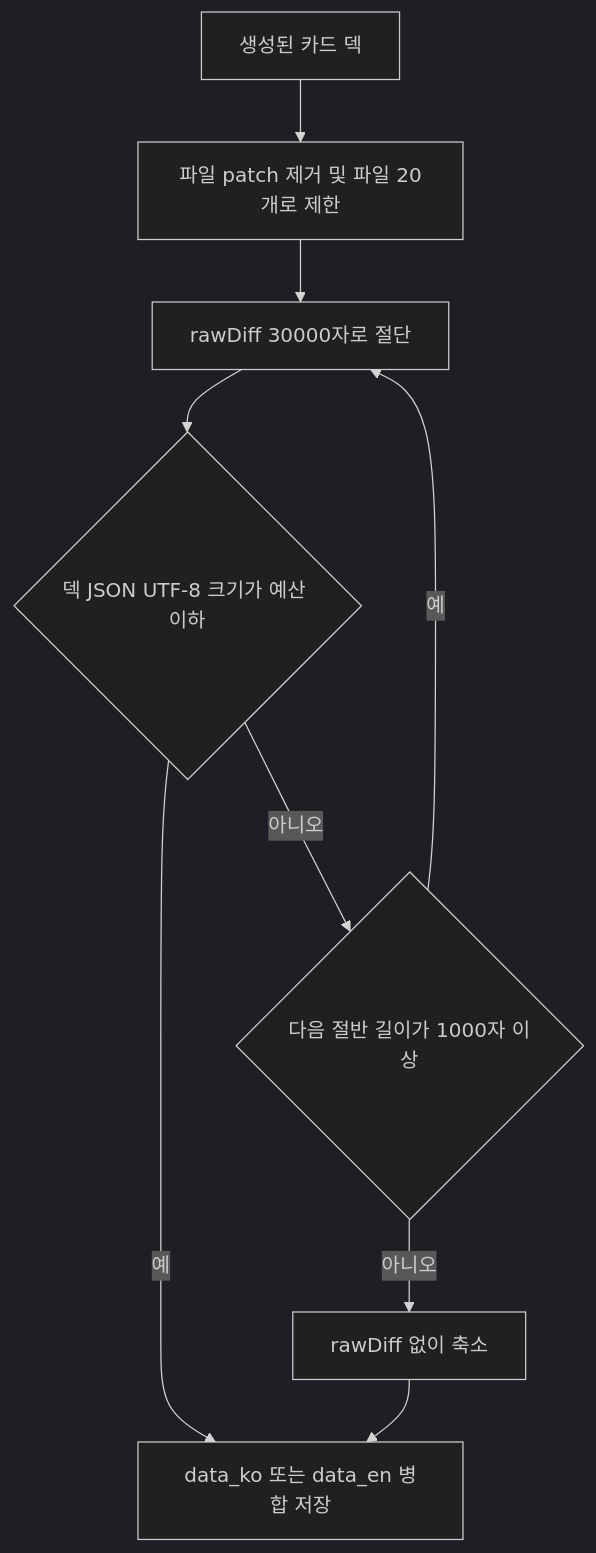
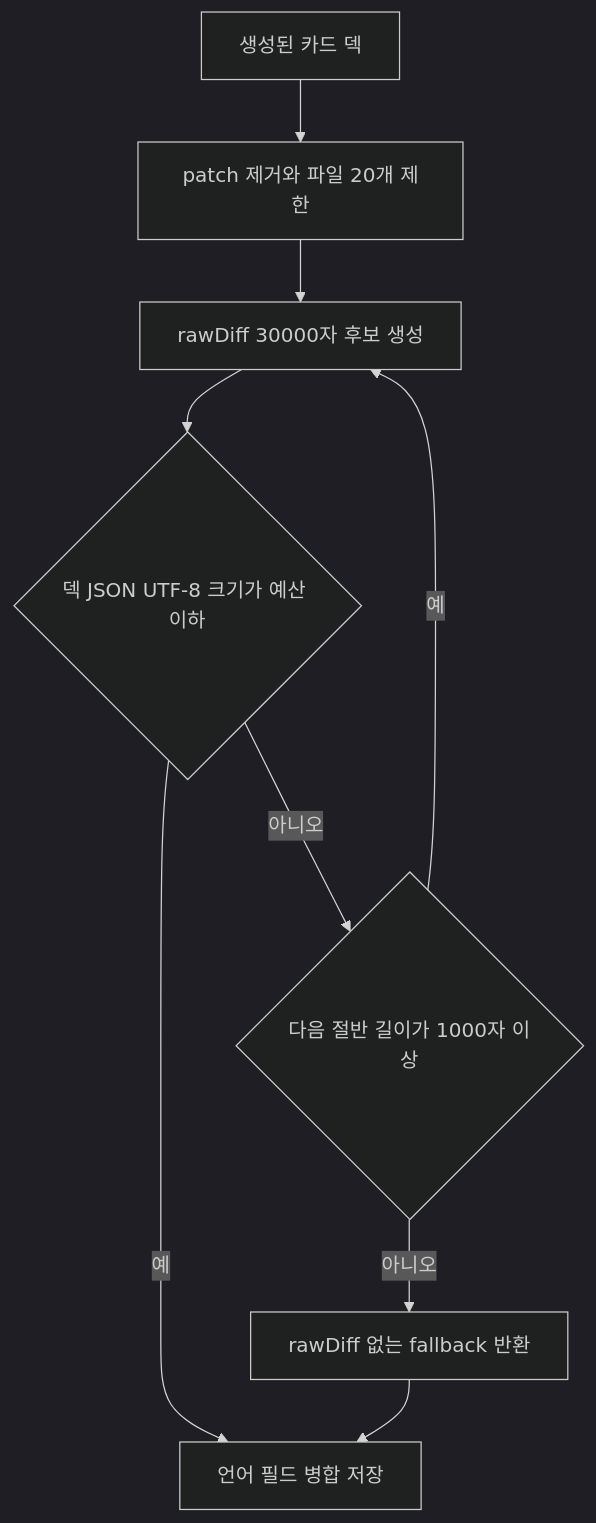
The diagram in openwiki/flashcard/deck-size-budget.md (chucoding/code-recall), drawn with Mermaid (dark theme) before and after one commit. The commit also changed other lines of this file and 26 other files, not shown here.

````diff
--- a/openwiki/flashcard/deck-size-budget.md
+++ b/openwiki/flashcard/deck-size-budget.md
@@ -40,11 +40,11 @@
 ```mermaid
 flowchart TD
-  Input["생성된 카드 덱"] --> Compact["파일 patch 제거 및 파일 20개로 제한"]
-  Compact --> Try["rawDiff 30000자로 절단"]
-  Try --> Fits{"덱 JSON UTF-8 크기가 예산 이하"}
-  Fits -->|"예"| Save["data_ko 또는 data_en 병합 저장"]
-  Fits -->|"아니오"| Half{"다음 절반 길이가 1000자 이상"}
-  Half -->|"예"| Try
-  Half -->|"아니오"| NoDiff["rawDiff 없이 축소"]
+  Input["생성된 카드 덱"] --> Compact["patch 제거와 파일 20개 제한"]
+  Compact --> Candidate["rawDiff 30000자 후보 생성"]
+  Candidate --> Fits{"덱 JSON UTF-8 크기가 예산 이하"}
+  Fits -->|"예"| Save["언어 필드 병합 저장"]
+  Fits -->|"아니오"| Halve{"다음 절반 길이가 1000자 이상"}
+  Halve -->|"예"| Candidate
+  Halve -->|"아니오"| NoDiff["rawDiff 없는 fallback 반환"]
   NoDiff --> Save
 ```
````
